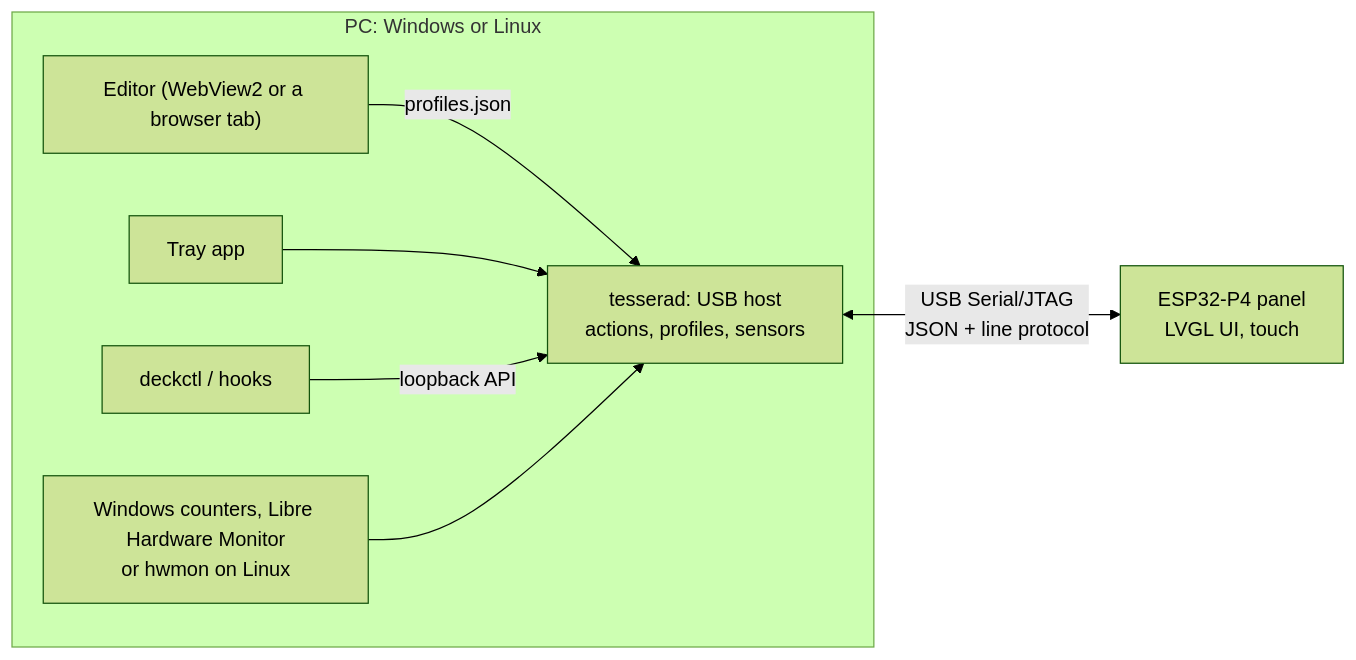
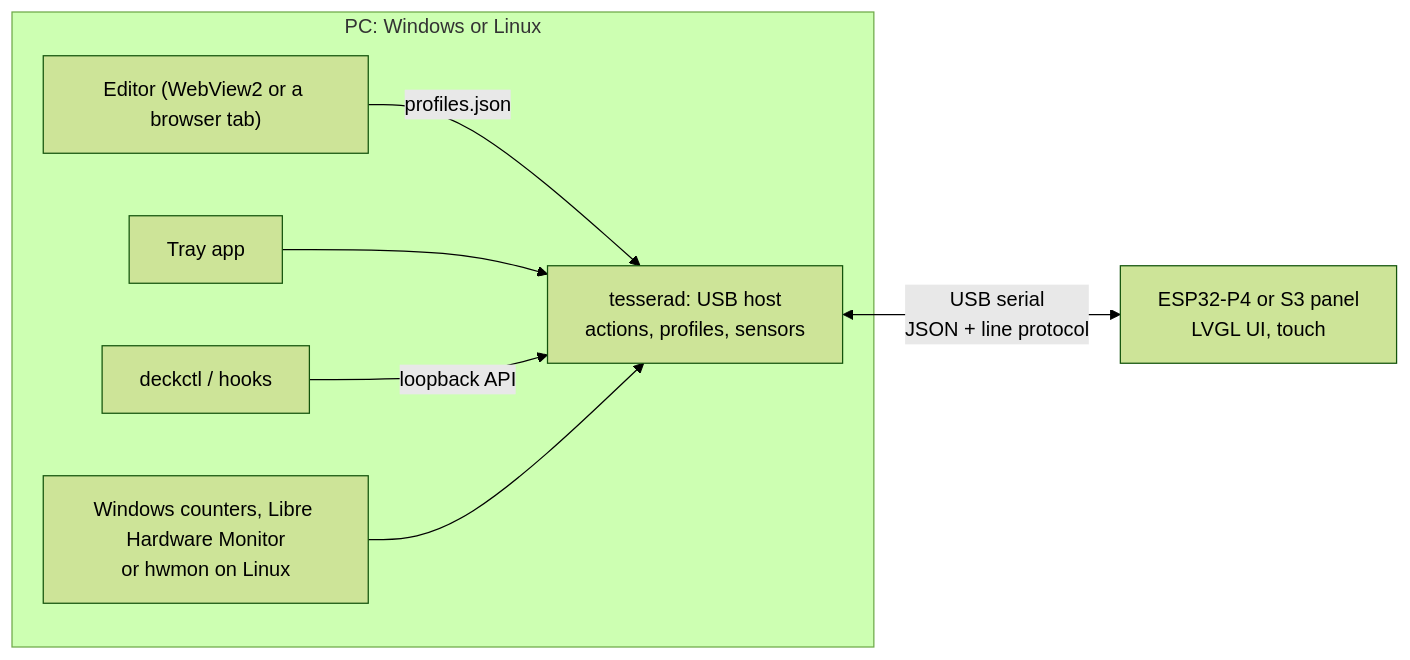
Before and after one commit to catorendal-a11y/tessera-deck: the diagram in README.md, drawn with Mermaid (forest theme). The commit also changed other lines of this file and 1 other file, not shown here.

````diff
--- a/README.md
+++ b/README.md
@@ -189,11 +196,11 @@
 ```mermaid
 flowchart LR
     subgraph PC["PC: Windows or Linux"]
         Editor["Editor (WebView2 or a browser tab)"] -->|profiles.json| Host
         Tray["Tray app"] --> Host
         CLI["deckctl / hooks"] -->|loopback API| Host
         Sensors["Windows counters, Libre Hardware Monitor<br/>or hwmon on Linux"] --> Host
         Host["tesserad: USB host<br/>actions, profiles, sensors"]
     end
-    Host <-->|"USB Serial/JTAG<br/>JSON + line protocol"| Panel["ESP32-P4 panel<br/>LVGL UI, touch"]
+    Host <-->|"USB serial<br/>JSON + line protocol"| Panel["ESP32-P4 or S3 panel<br/>LVGL UI, touch"]
 ```
````
